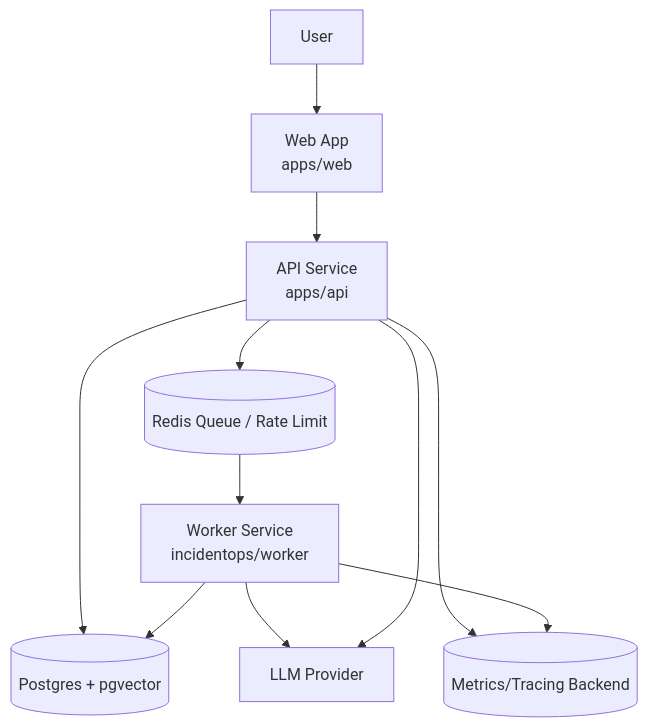
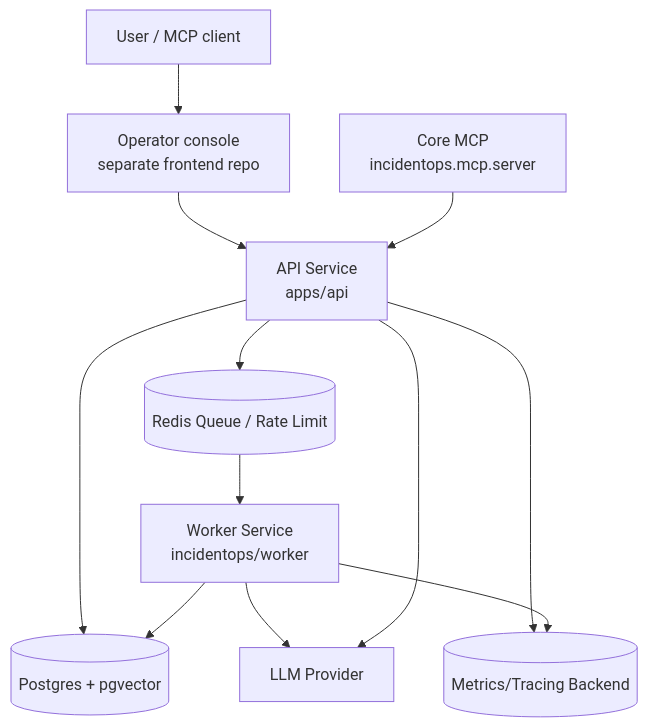
One commit to Auro-rium/Ops-Incident-Core changed the first of 2 diagrams in docs/architecture.md. Above: the diagram before and after it, drawn with Mermaid. The commit also changed other lines of this file and 11 other files, not shown here.

````diff
--- a/docs/architecture.md
+++ b/docs/architecture.md
@@ -9,14 +9,15 @@
 ```mermaid
 graph TD
-  U[User] --> W[Web App\napps/web]
+  U[User / MCP client] --> W[Operator console\nseparate frontend repo]
   W --> A[API Service\napps/api]
   A --> DB[(Postgres + pgvector)]
   A --> R[(Redis Queue / Rate Limit)]
   A --> M[(Metrics/Tracing Backend)]
 
   R --> WK[Worker Service\nincidentops/worker]
   WK --> DB
   WK --> LLM[LLM Provider]
   WK --> M
   A --> LLM
+  MCP[Core MCP\nincidentops.mcp.server] --> A
 ```
````
